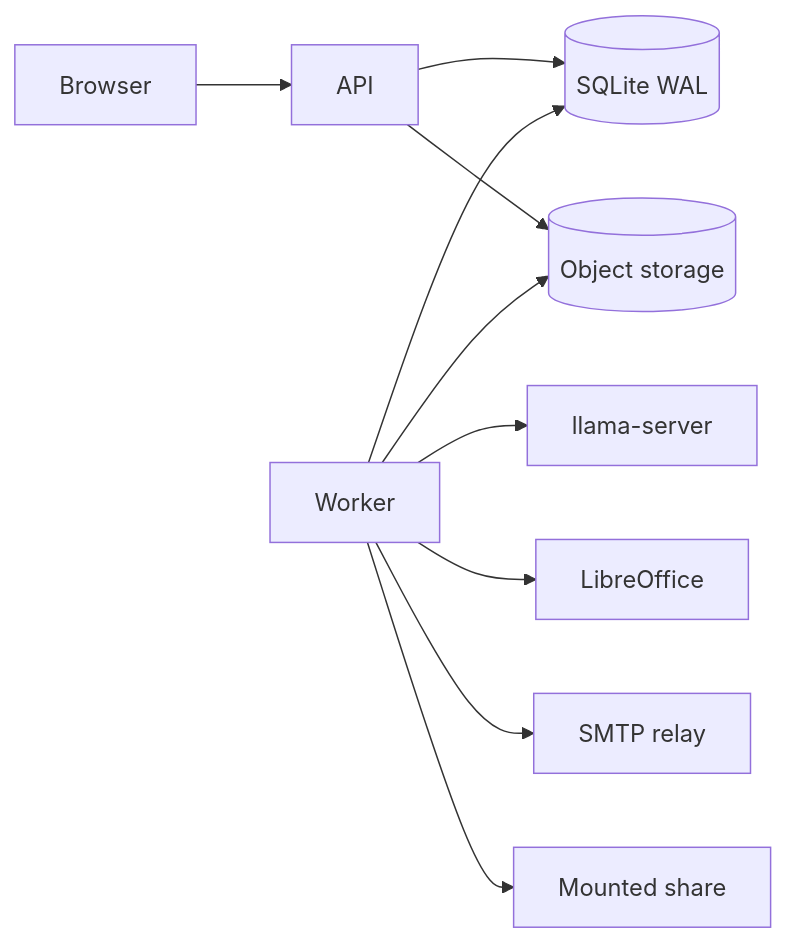
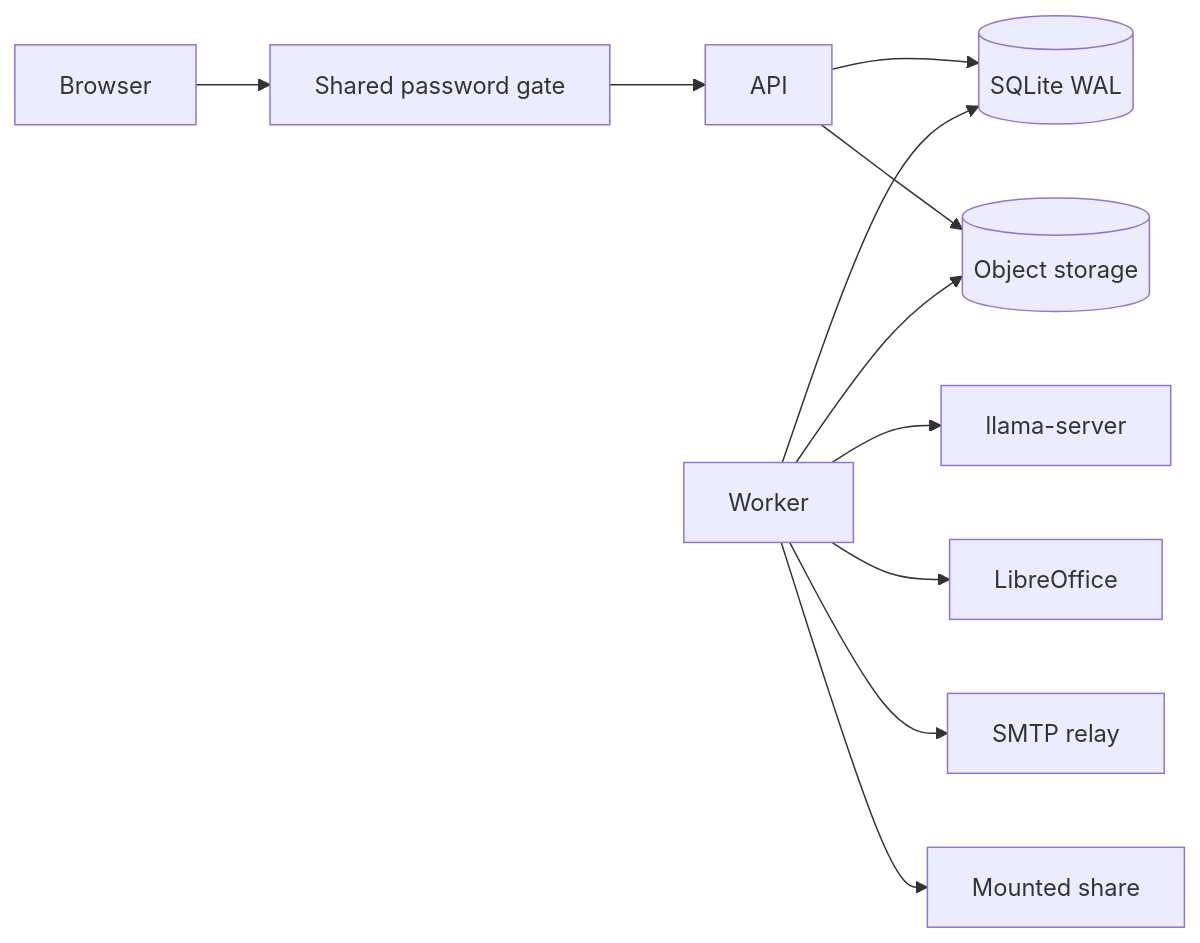
Before and after one commit to f2re/docomator: the first of 4 diagrams in docs/ARCHITECTURE.md, drawn with Mermaid. The commit also changed other lines of this file, not shown here.

Commit message:
docs: align architecture with password gate and data export

````diff
--- a/docs/ARCHITECTURE.md
+++ b/docs/ARCHITECTURE.md
@@ -37,12 +39,13 @@
 ```mermaid
 flowchart LR
-    Browser --> API
+    Browser --> Gate[Shared password gate]
+    Gate --> API
     API --> SQLite[(SQLite WAL)]
     API --> Objects[(Object storage)]
     Worker --> SQLite
     Worker --> Objects
     Worker --> Llama[llama-server]
     Worker --> Office[LibreOffice]
     Worker --> SMTP[SMTP relay]
     Worker --> Share[Mounted share]
 ```
````
